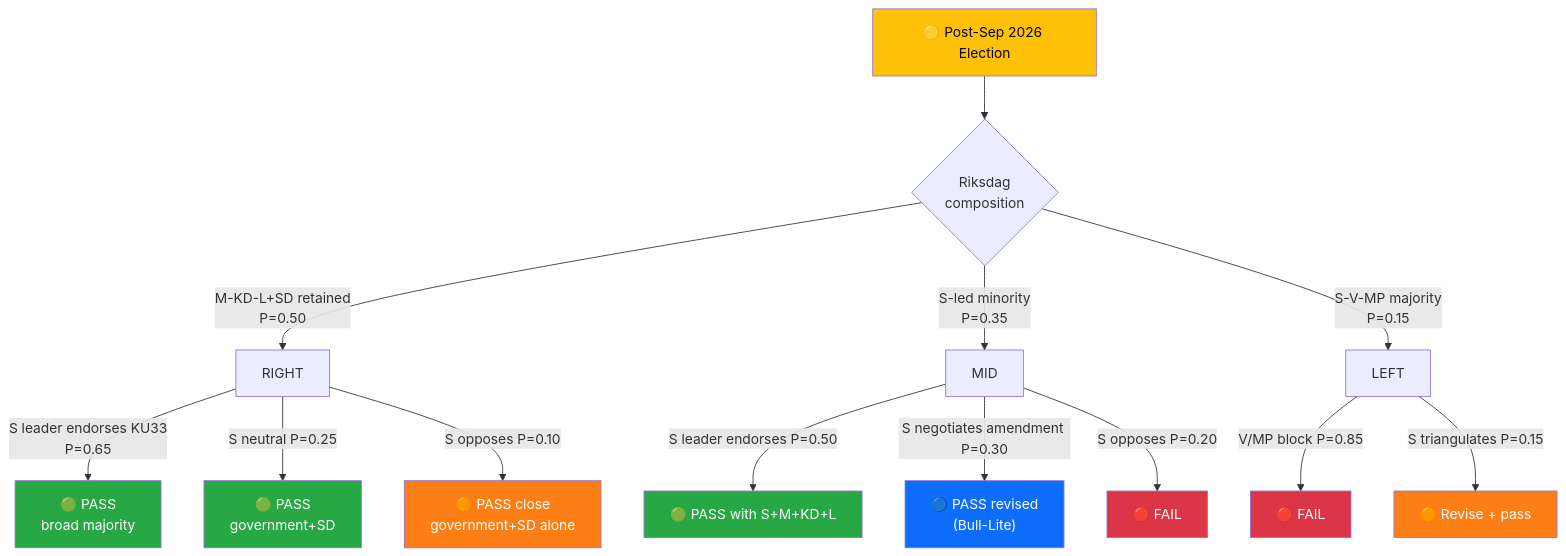
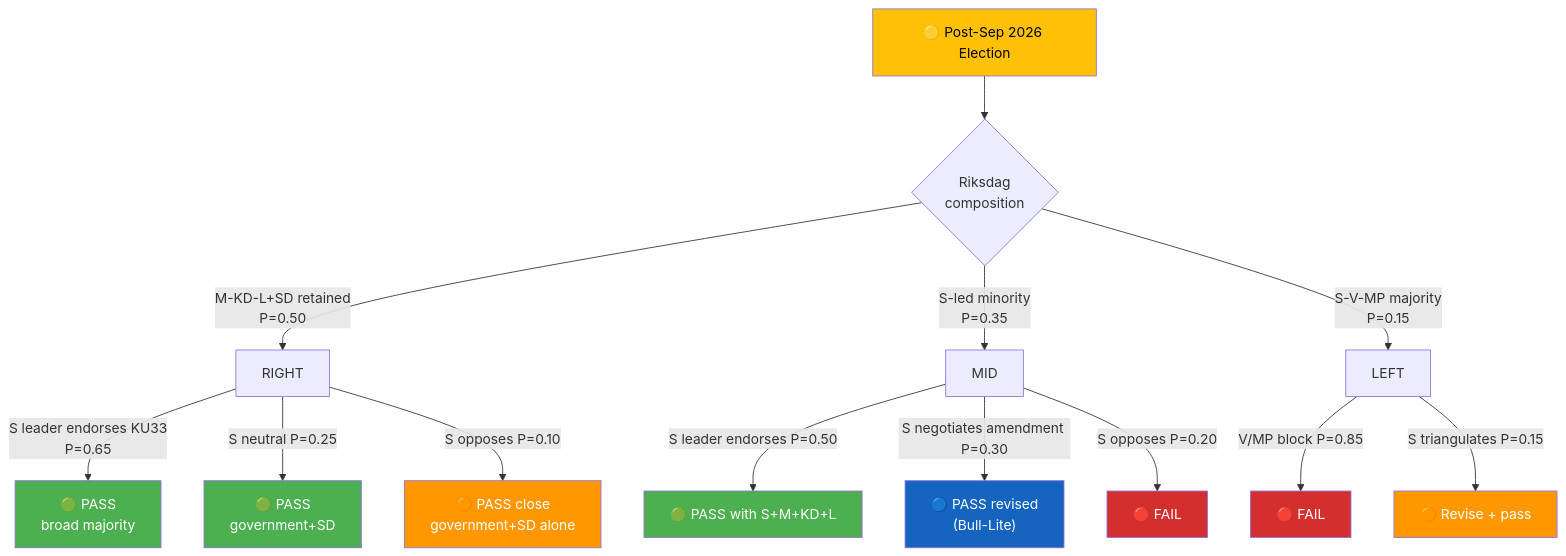
The second of 2 diagrams in analysis/daily/2026-04-17/realtime-1434/stakeholder-perspectives.md (Hack23/riksdagsmonitor), drawn with Mermaid before and after one commit. The commit also changed other lines of this file and 785 other files, not shown here.

First line of the commit message:
Normalize mermaid colors across 786 analysis artifacts to ISMS Style Guide palette

````diff
--- a/analysis/daily/2026-04-17/realtime-1434/stakeholder-perspectives.md
+++ b/analysis/daily/2026-04-17/realtime-1434/stakeholder-perspectives.md
@@ -269,29 +269,29 @@
 ```mermaid
 flowchart TD
     T["🟡 Post-Sep 2026 Election"]
     T --> COMP{"Riksdag<br/>composition"}
     COMP -->|"M-KD-L+SD retained<br/>P=0.50"| RIGHT
     COMP -->|"S-led minority<br/>P=0.35"| MID
     COMP -->|"S-V-MP majority<br/>P=0.15"| LEFT
 
     RIGHT -->|"S leader endorses KU33<br/>P=0.65"| PASS1["🟢 PASS<br/>broad majority"]
     RIGHT -->|"S neutral P=0.25"| PASS2["🟢 PASS<br/>government+SD"]
     RIGHT -->|"S opposes P=0.10"| PASS3["🟠 PASS close<br/>government+SD alone"]
 
     MID -->|"S leader endorses P=0.50"| PASS4["🟢 PASS with S+M+KD+L"]
     MID -->|"S negotiates amendment P=0.30"| REVISE["🔵 PASS revised<br/>(Bull-Lite)"]
     MID -->|"S opposes P=0.20"| FAIL1["🔴 FAIL"]
 
     LEFT -->|"V/MP block P=0.85"| FAIL2["🔴 FAIL"]
     LEFT -->|"S triangulates P=0.15"| REVISE2["🟠 Revise + pass"]
 
-    style T fill:#ffc107,color:#000
-    style PASS1 fill:#28a745,color:#fff
-    style PASS2 fill:#28a745,color:#fff
-    style PASS3 fill:#fd7e14,color:#fff
-    style PASS4 fill:#28a745,color:#fff
-    style REVISE fill:#0d6efd,color:#fff
-    style REVISE2 fill:#fd7e14,color:#fff
-    style FAIL1 fill:#dc3545,color:#fff
-    style FAIL2 fill:#dc3545,color:#fff
+    style T fill:#FFC107,color:#000000
+    style PASS1 fill:#4CAF50,color:#FFFFFF
+    style PASS2 fill:#4CAF50,color:#FFFFFF
+    style PASS3 fill:#FF9800,color:#FFFFFF
+    style PASS4 fill:#4CAF50,color:#FFFFFF
+    style REVISE fill:#1565C0,color:#FFFFFF
+    style REVISE2 fill:#FF9800,color:#FFFFFF
+    style FAIL1 fill:#D32F2F,color:#FFFFFF
+    style FAIL2 fill:#D32F2F,color:#FFFFFF
 ```
````
